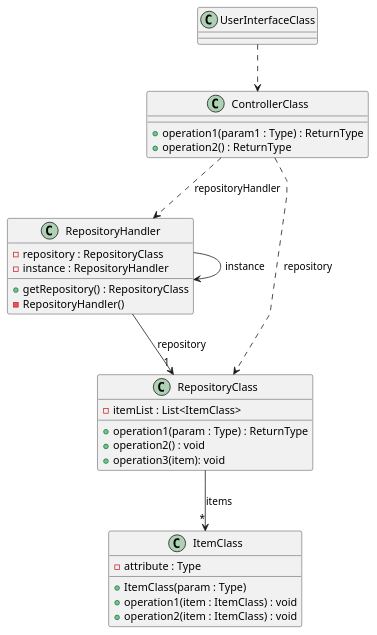
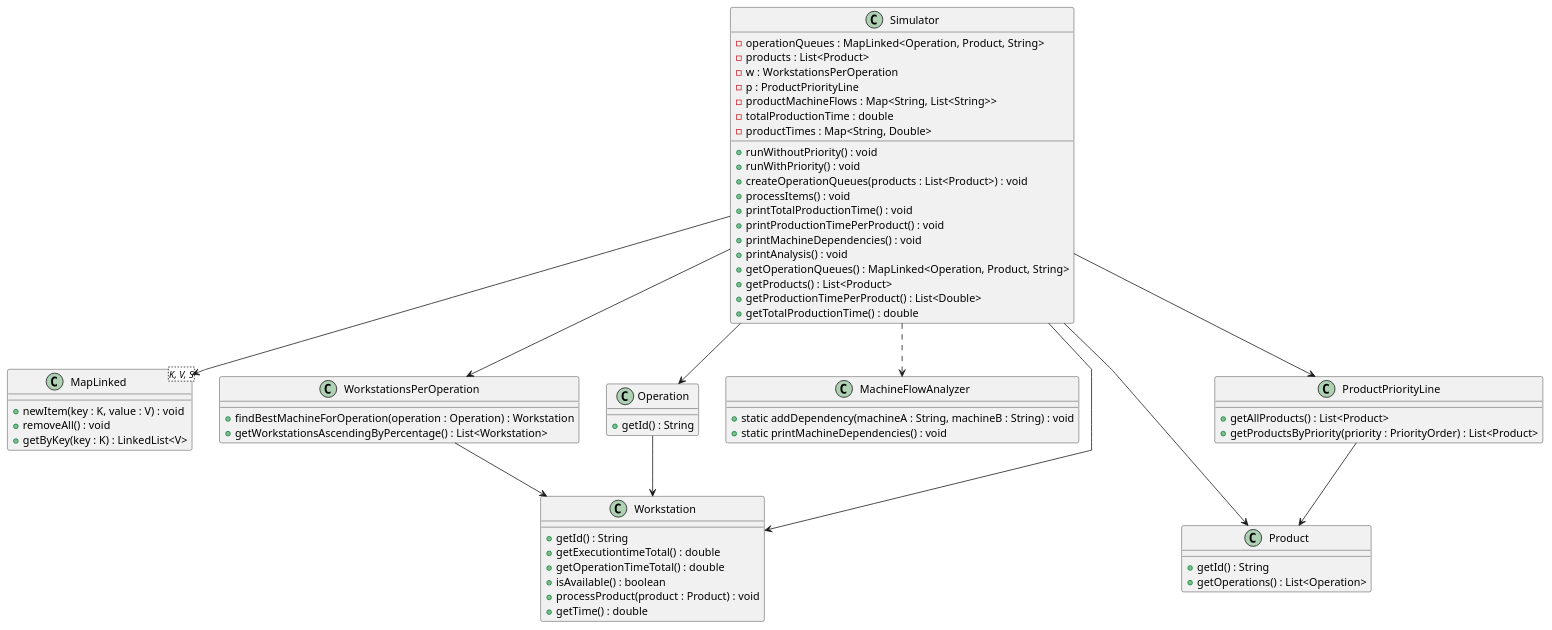
Before and after one commit to ricardomm7/buildflow: the diagram in others/documentation/usEI05/design/puml/class-diagram.puml, drawn with PlantUML. The commit also changed 5 other files, not shown here.

```diff
--- a/others/documentation/usEI05/design/puml/class-diagram.puml
+++ b/others/documentation/usEI05/design/puml/class-diagram.puml
@@ -1,44 +1,78 @@
 @startuml
 skinparam packageStyle rectangle
 skinparam shadowing false
 skinparam linetype polyline
 
-'left to right direction
-
-class UserInterfaceClass {
+class Simulator {
+    - operationQueues : MapLinked<Operation, Product, String>
+    - products : List<Product>
+    - w : WorkstationsPerOperation
+    - p : ProductPriorityLine
+    - productMachineFlows : Map<String, List<String>>
+    - totalProductionTime : double
+    - productTimes : Map<String, Double>
+    + runWithoutPriority() : void
+    + runWithPriority() : void
+    + createOperationQueues(products : List<Product>) : void
+    + processItems() : void
+    + printTotalProductionTime() : void
+    + printProductionTimePerProduct() : void
+    + printMachineDependencies() : void
+    + printAnalysis() : void
+    + getOperationQueues() : MapLinked<Operation, Product, String>
+    + getProducts() : List<Product>
+    + getProductionTimePerProduct() : List<Double>
+    + getTotalProductionTime() : double
 }
 
-class ControllerClass {
-    +operation1(param1 : Type) : ReturnType
-    +operation2() : ReturnType
+class MapLinked<K, V, S> {
+    + newItem(key : K, value : V) : void
+    + removeAll() : void
+    + getByKey(key : K) : LinkedList<V>
 }
 
-class RepositoryHandler {
-    +getRepository() : RepositoryClass
-    -repository : RepositoryClass
-            - instance : RepositoryHandler
-            - RepositoryHandler()
+class WorkstationsPerOperation {
+    + findBestMachineForOperation(operation : Operation) : Workstation
+    + getWorkstationsAscendingByPercentage() : List<Workstation>
 }
 
-class RepositoryClass {
-    - itemList : List<ItemClass>
-    +operation1(param : Type) : ReturnType
-    +operation2() : void
-    +operation3(item): void
+class ProductPriorityLine {
+    + getAllProducts() : List<Product>
+    + getProductsByPriority(priority : PriorityOrder) : List<Product>
 }
 
-class ItemClass {
-    - attribute : Type
-    + ItemClass(param : Type)
-    +operation1(item : ItemClass) : void
-    +operation2(item : ItemClass) : void
+class MachineFlowAnalyzer {
+    + static addDependency(machineA : String, machineB : String) : void
+    + static printMachineDependencies() : void
 }
 
-UserInterfaceClass ..> ControllerClass
-RepositoryHandler --> "1" RepositoryClass : repository
-RepositoryHandler --> RepositoryHandler : instance
-RepositoryClass --> "*" ItemClass : items
-ControllerClass ..> RepositoryHandler : repositoryHandler
-ControllerClass ..> RepositoryClass : repository
+class Product {
+    + getId() : String
+    + getOperations() : List<Operation>
+}
+
+class Operation {
+    + getId() : String
+}
+
+class Workstation {
+    + getId() : String
+    + getExecutiontimeTotal() : double
+    + getOperationTimeTotal() : double
+    + isAvailable() : boolean
+    + processProduct(product : Product) : void
+    + getTime() : double
+}
+
+Simulator --> MapLinked
+Simulator --> WorkstationsPerOperation
+Simulator --> ProductPriorityLine
+Simulator ..> MachineFlowAnalyzer
+Simulator --> Product
+Simulator --> Operation
+Simulator --> Workstation
+ProductPriorityLine --> Product
+WorkstationsPerOperation --> Workstation
+Operation --> Workstation
 
 @enduml
```
